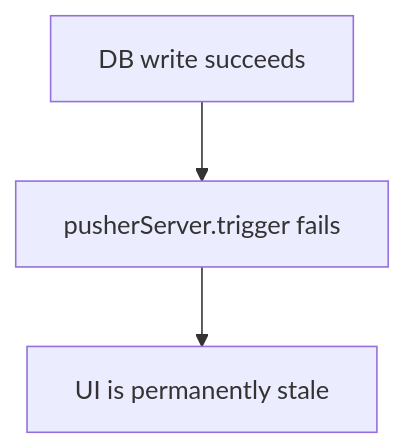
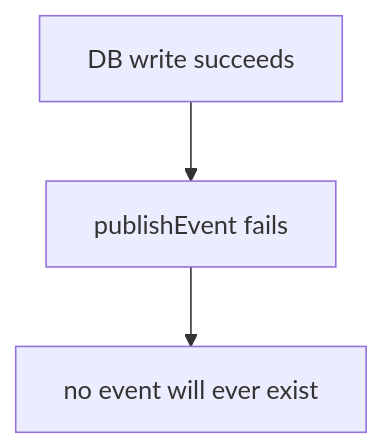
The diagram in forge/docs/architecture/agent/decisions.md (Mayur11code/Forge), drawn with Mermaid before and after one commit. The commit also changed other lines of this file and 1 other file, not shown here.

````diff
--- a/forge/docs/architecture/agent/decisions.md
+++ b/forge/docs/architecture/agent/decisions.md
@@ -268,5 +268,5 @@
 ```mermaid
 flowchart TD
-    A[DB write succeeds] --> B[pusherServer.trigger fails]
-    B --> C[UI is permanently stale]
+    A[DB write succeeds] --> B[publishEvent fails]
+    B --> C[no event will ever exist]
 ```
````
